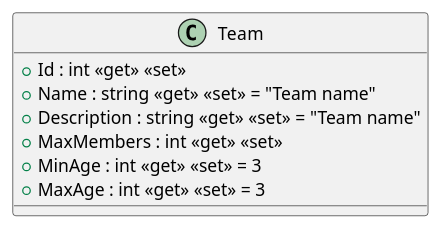
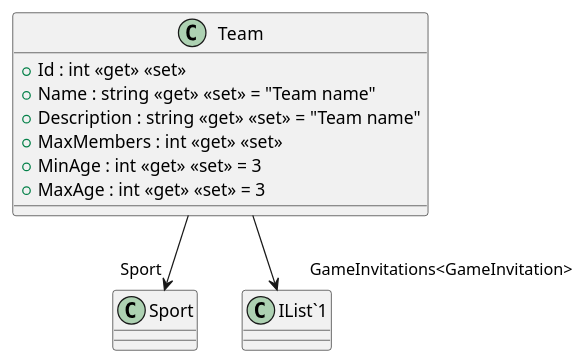
The diagram in src/AppForSEII.API/ClassDiagram/Team.puml (SEII2627SEALLUAN/SEII2627SEALLUAN), drawn with PlantUML before and after one commit. The commit also changed 13 other files, not shown here.

```diff
--- a/src/AppForSEII.API/ClassDiagram/Team.puml
+++ b/src/AppForSEII.API/ClassDiagram/Team.puml
@@ -1,10 +1,12 @@
 @startuml
 class Team {
     + Id : int <<get>> <<set>>
     + Name : string <<get>> <<set>> = "Team name"
     + Description : string <<get>> <<set>> = "Team name"
     + MaxMembers : int <<get>> <<set>>
     + MinAge : int <<get>> <<set>> = 3
     + MaxAge : int <<get>> <<set>> = 3
 }
+Team --> "Sport" Sport
+Team --> "GameInvitations<GameInvitation>" "IList`1"
 @enduml
```
